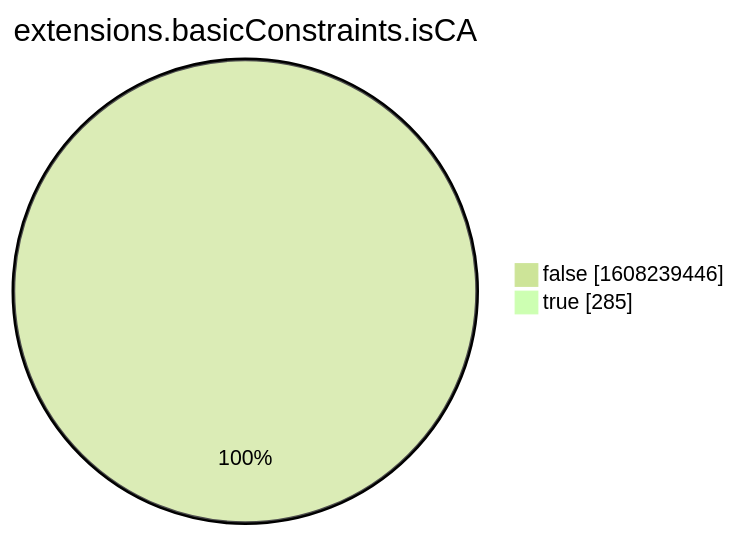
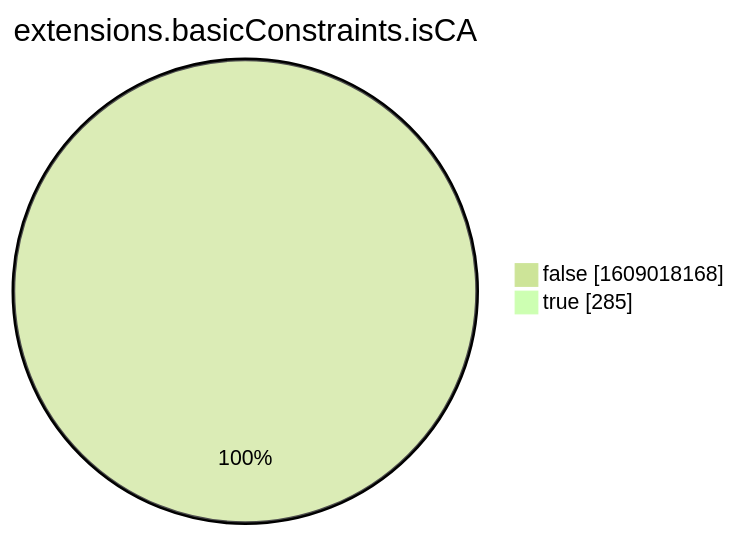
One commit to christiankrug/ctmonitor_visualization changed the eighth of 15 diagrams in xenon2022/README.md. Above: the diagram before and after it, drawn with Mermaid (forest theme). The commit also changed other lines of this file, not shown here.

````diff
--- a/xenon2022/README.md
+++ b/xenon2022/README.md
@@ -2862,6 +2862,6 @@
 ```mermaid
 pie showData
 title extensions.basicConstraints.isCA
-"false" :1608239446
+"false" :1609018168
 "true" :285
 ```
````
